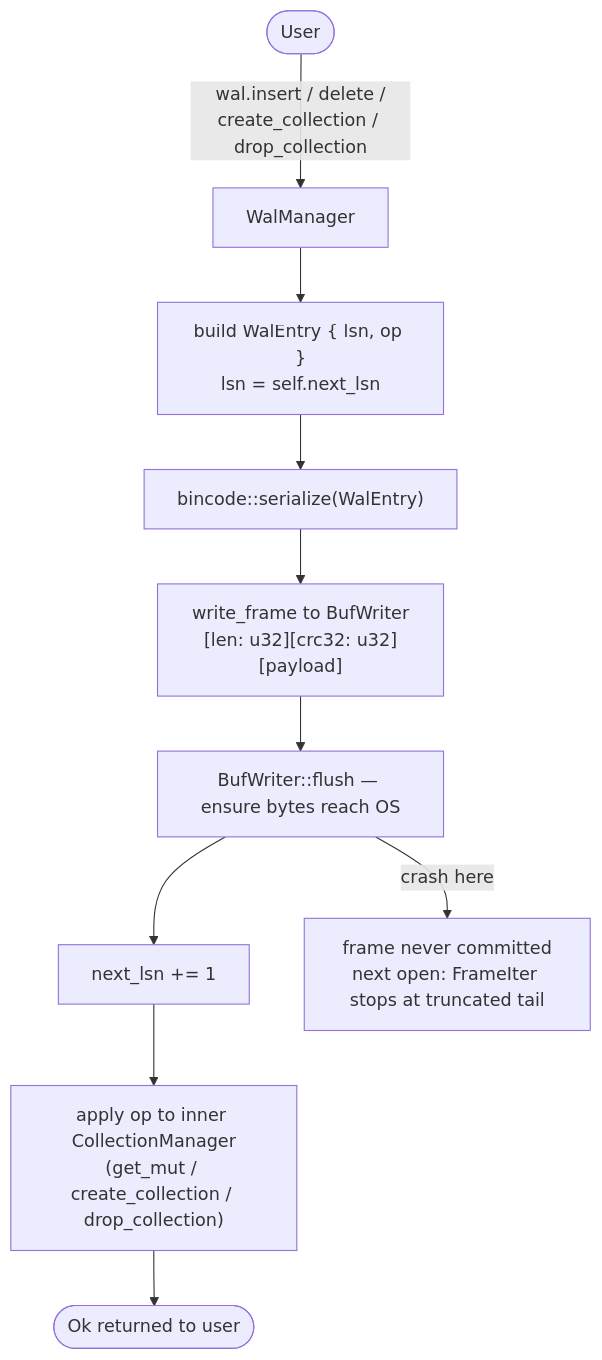
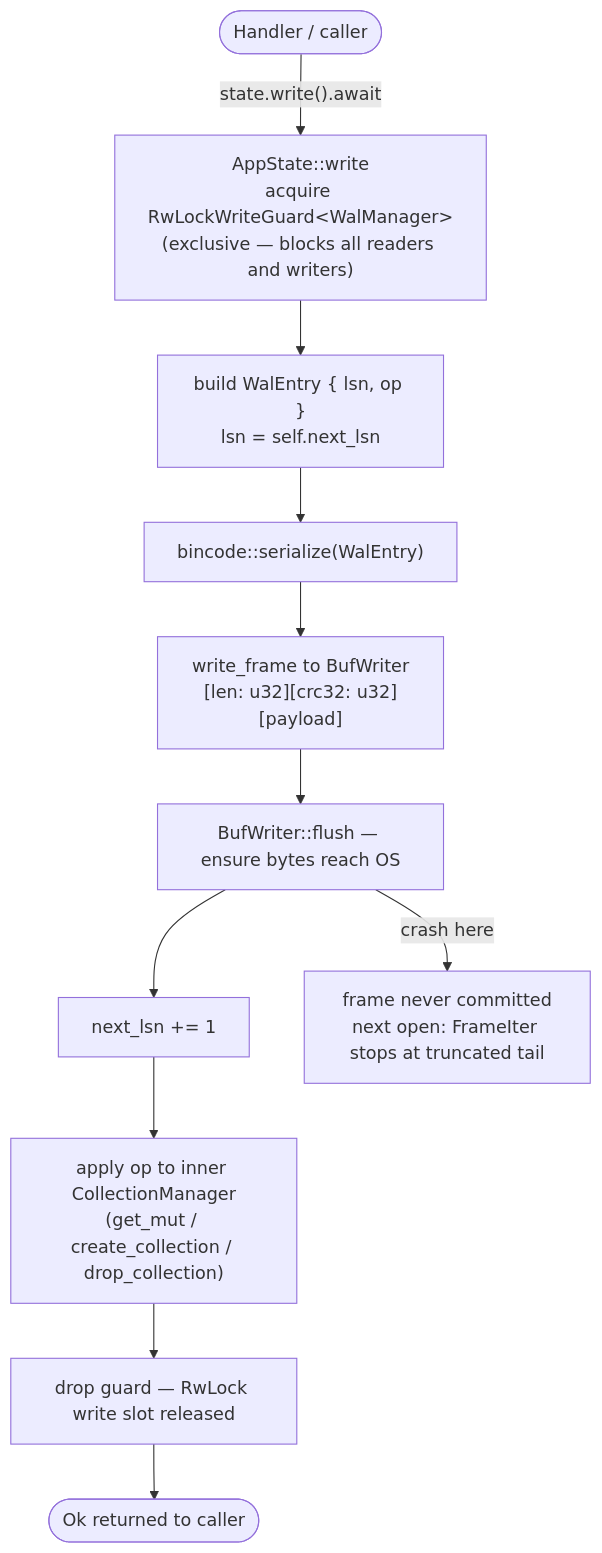
Before and after one commit to PhVHoang/likhadb: the second of 7 diagrams in README.md, drawn with Mermaid. The commit also changed other lines of this file and 5 other files, not shown here.

Commit message:
implement C1 - shared state on top of WAL Manager

````diff
--- a/README.md
+++ b/README.md
@@ -58,13 +60,14 @@
 ```mermaid
 flowchart TD
-    U([User]) -->|"wal.insert / delete /\ncreate_collection / drop_collection"| WM[WalManager]
-    WM --> BUILD["build WalEntry { lsn, op }\nlsn = self.next_lsn"]
+    U(["Handler / caller"]) -->|"state.write().await"| LOCK["AppState::write\nacquire RwLockWriteGuard&lt;WalManager&gt;\n(exclusive — blocks all readers and writers)"]
+    LOCK --> BUILD["build WalEntry { lsn, op }\nlsn = self.next_lsn"]
     BUILD --> SER["bincode::serialize(WalEntry)"]
     SER --> FRAME["write_frame to BufWriter\n[len: u32][crc32: u32][payload]"]
     FRAME --> FLUSH["BufWriter::flush — ensure bytes reach OS"]
     FLUSH --> LSN["next_lsn += 1"]
     LSN --> APPLY["apply op to inner CollectionManager\n(get_mut / create_collection / drop_collection)"]
-    APPLY --> DONE([Ok returned to user])
+    APPLY --> DROP["drop guard — RwLock write slot released"]
+    DROP --> DONE(["Ok returned to caller"])
 
     FLUSH -->|"crash here"| CRASH["frame never committed\nnext open: FrameIter stops at truncated tail"]
 ```
````
